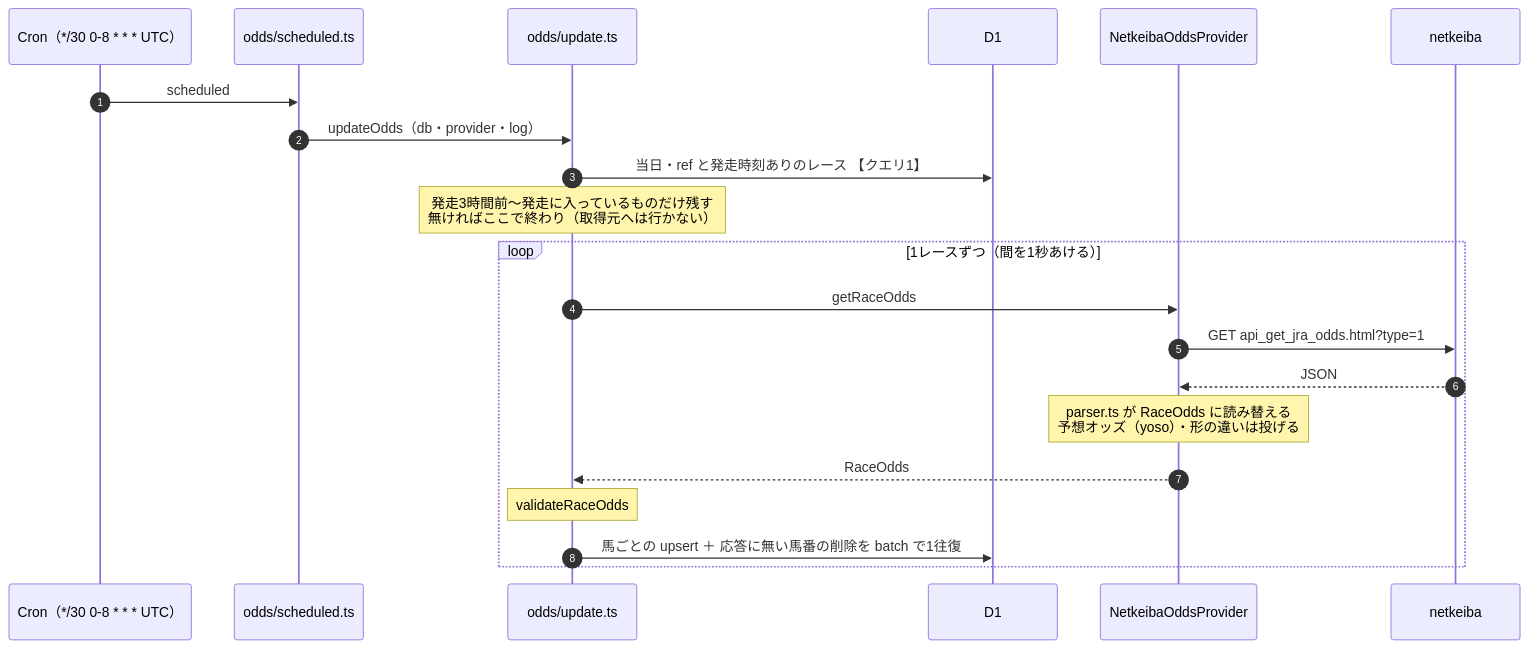
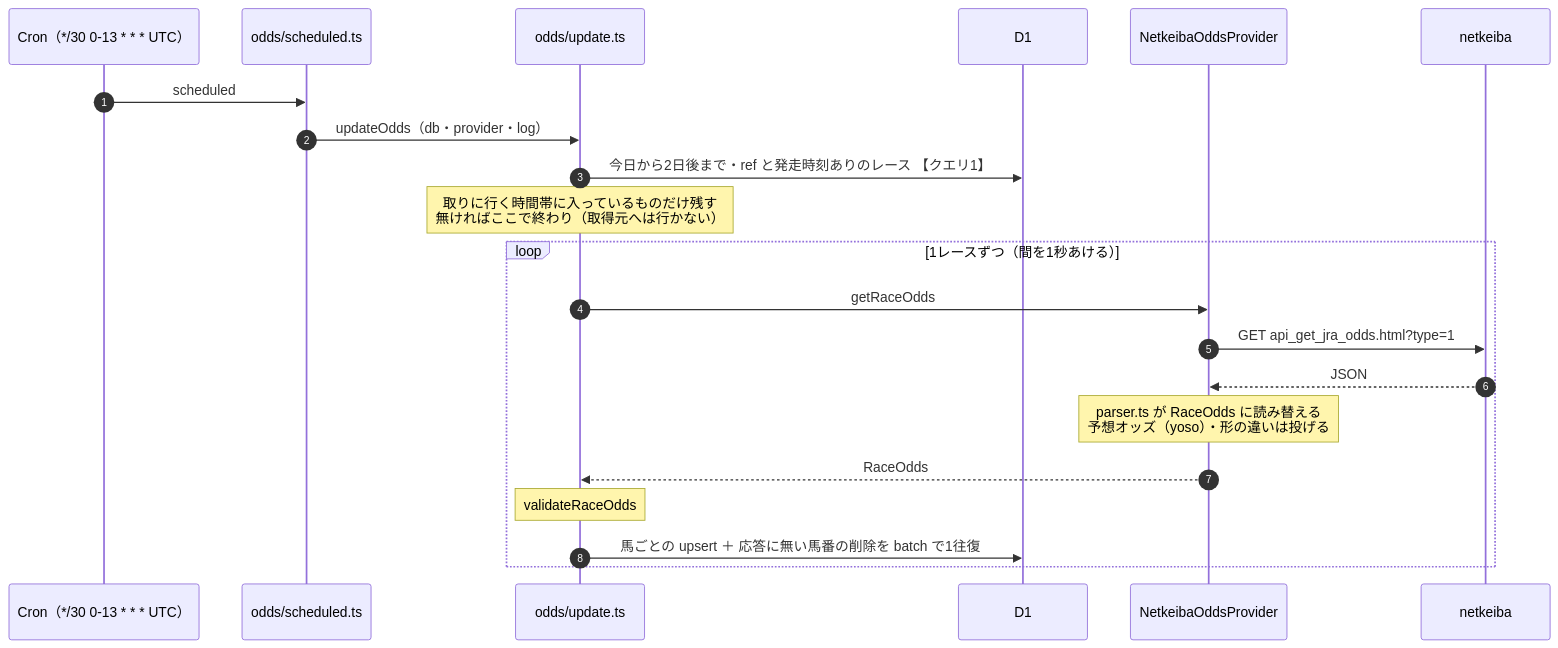
One commit to Atoyr/keiba-note changed the seventh of 10 diagrams in docs/architecture.md. Above: the diagram before and after it, drawn with Mermaid. The commit also changed other lines of this file and 12 other files, not shown here.

````diff
--- a/docs/architecture.md
+++ b/docs/architecture.md
@@ -470,24 +470,24 @@
 ```mermaid
 sequenceDiagram
     autonumber
-    participant C as Cron（*/30 0-8 * * * UTC）
+    participant C as Cron（*/30 0-13 * * * UTC）
     participant S as odds/scheduled.ts
     participant U as odds/update.ts
     participant D as D1
     participant P as NetkeibaOddsProvider
     participant N as netkeiba
 
     C->>S: scheduled
     S->>U: updateOdds（db・provider・log）
-    U->>D: 当日・ref と発走時刻ありのレース 【クエリ1】
-    Note over U: 発走3時間前〜発走に入っているものだけ残す<br/>無ければここで終わり（取得元へは行かない）
+    U->>D: 今日から2日後まで・ref と発走時刻ありのレース 【クエリ1】
+    Note over U: 取りに行く時間帯に入っているものだけ残す<br/>無ければここで終わり（取得元へは行かない）
     loop 1レースずつ（間を1秒あける）
         U->>P: getRaceOdds
         P->>N: GET api_get_jra_odds.html?type=1
         N-->>P: JSON
         Note over P: parser.ts が RaceOdds に読み替える<br/>予想オッズ（yoso）・形の違いは投げる
         P-->>U: RaceOdds
         Note over U: validateRaceOdds
         U->>D: 馬ごとの upsert ＋ 応答に無い馬番の削除を batch で1往復
     end
 ```
````
